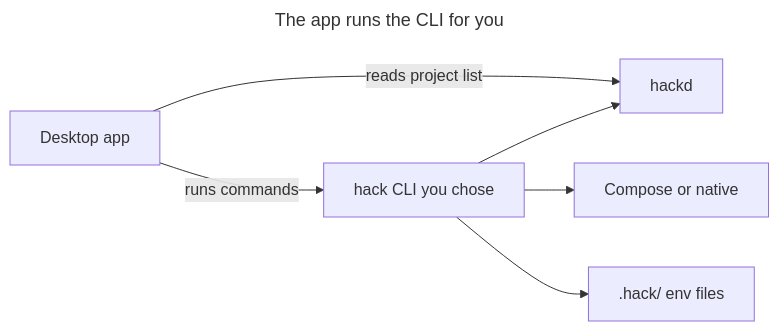
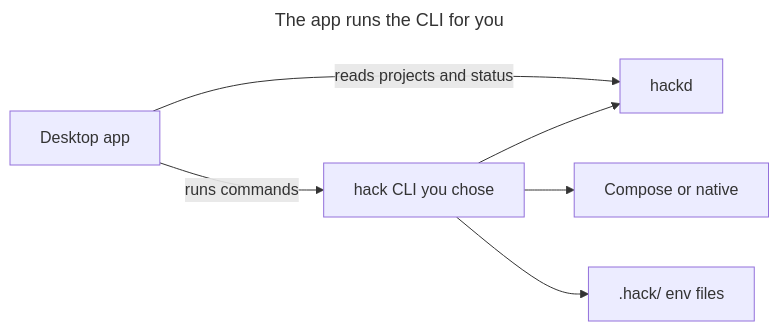
One commit to hack-dance/hack changed the diagram in docs/versions/v5/guides/desktop-app.md. Above: the diagram before and after it, drawn with Mermaid. The commit also changed other lines of this file, not shown here.

First line of the commit message:
docs(desktop): correct what reads hackd and which daemon actions the app runs

````diff
--- a/docs/versions/v5/guides/desktop-app.md
+++ b/docs/versions/v5/guides/desktop-app.md
@@ -18,11 +18,11 @@
 ```mermaid
 ---
 title: The app runs the CLI for you
 ---
 flowchart LR
   App["Desktop app"] -->|"runs commands"| Cli["hack CLI you chose"]
-  App -->|"reads project list"| Daemon["hackd"]
+  App -->|"reads projects and status"| Daemon["hackd"]
   Cli --> Daemon
   Cli --> Runtime["Compose or native"]
   Cli --> Files[".hack/ env files"]
 ```
````
